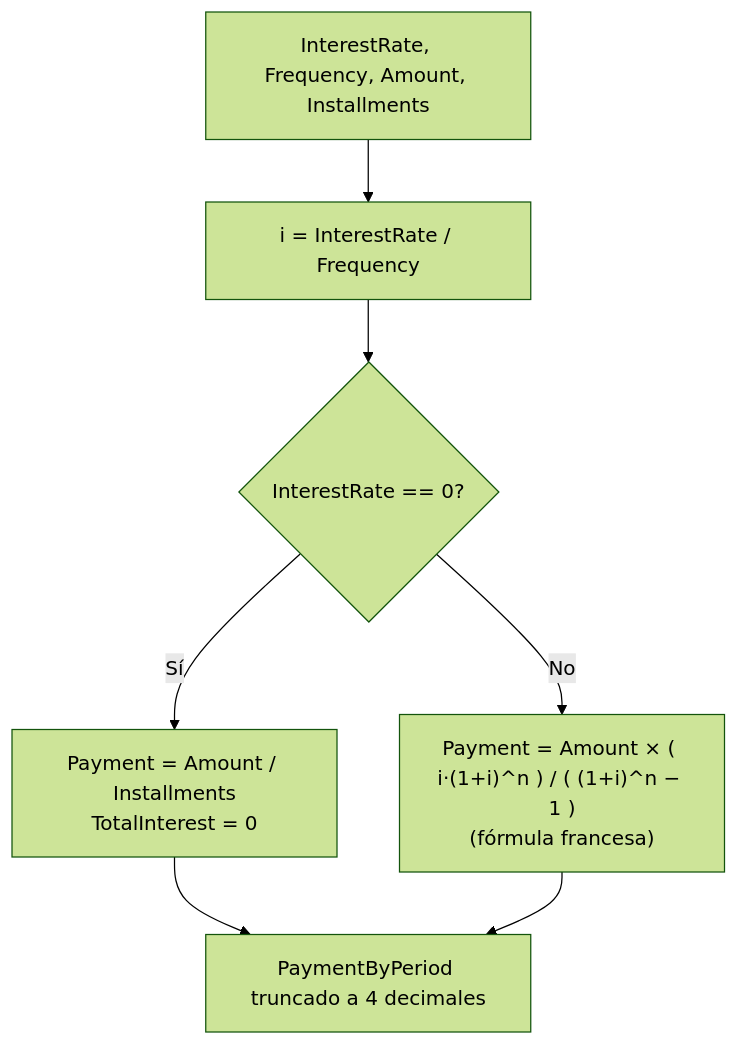
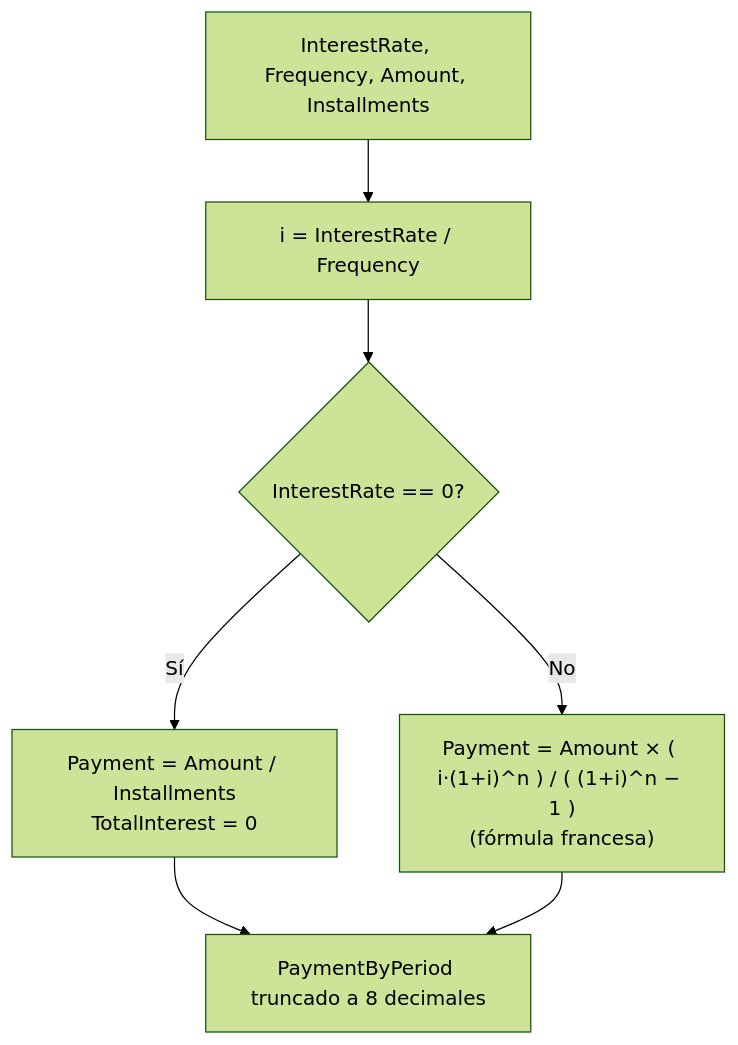
Before and after one commit to DevCarlosRodriguez/Kata-S02: the fourth of 20 diagrams in Cobros-Flujos.md, drawn with Mermaid (forest theme). The commit also changed other lines of this file, not shown here.

Commit message:
chore(collection): update collection

````diff
--- a/Cobros-Flujos.md
+++ b/Cobros-Flujos.md
@@ -153,9 +153,9 @@
 ```mermaid
 flowchart TD
     A[InterestRate, Frequency, Amount, Installments] --> B[i = InterestRate / Frequency]
     B --> C{InterestRate == 0?}
     C -->|Sí| D["Payment = Amount / Installments<br/>TotalInterest = 0"]
     C -->|No| E["Payment = Amount × ( i·(1+i)^n ) / ( (1+i)^n − 1 )<br/>(fórmula francesa)"]
-    D --> F[PaymentByPeriod truncado a 4 decimales]
+    D --> F[PaymentByPeriod truncado a 8 decimales]
     E --> F
 ```
````
